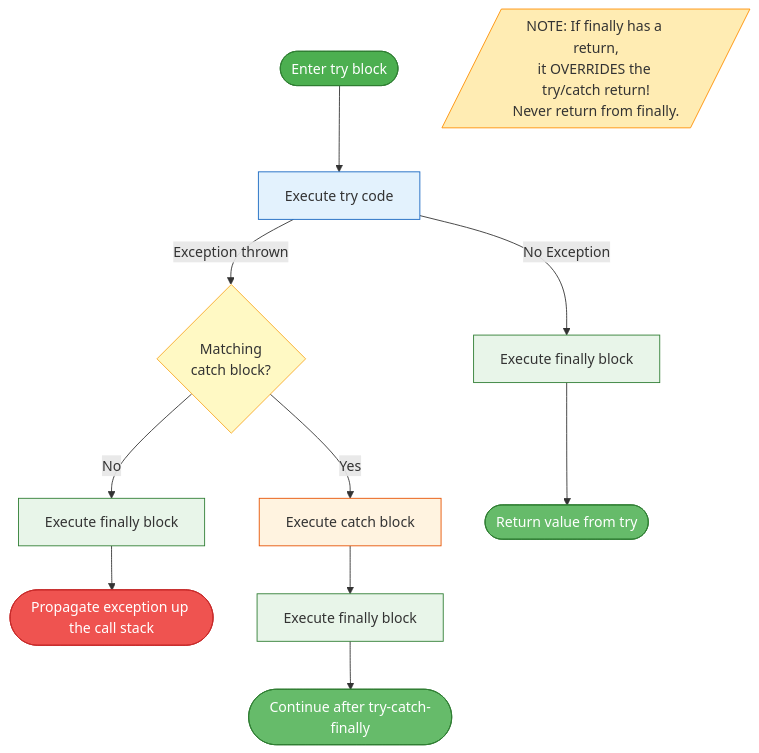
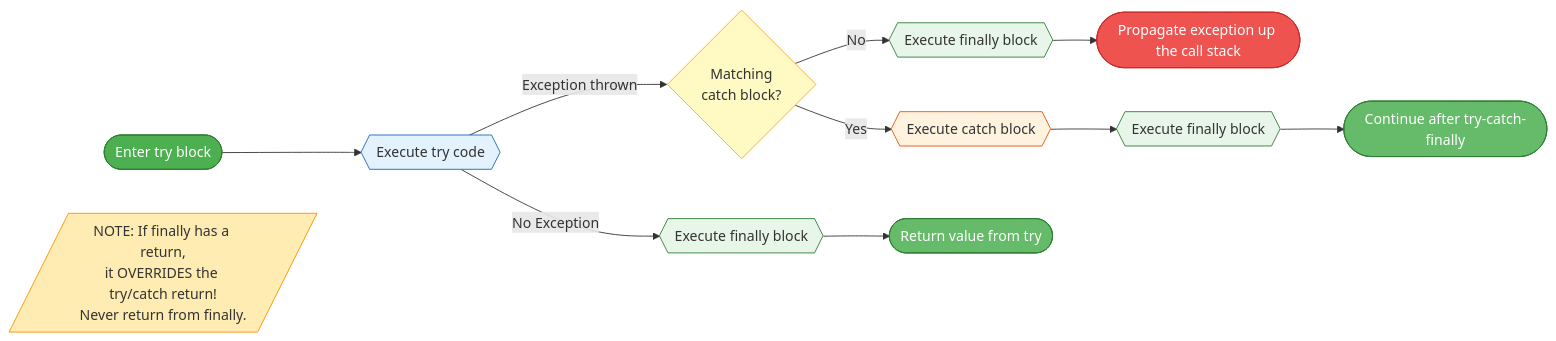
One commit to saivamsikaruturi/vamsilabs-dev-notes-main changed the second of 2 diagrams in docs/java/ExceptionHandling.md. Above: the diagram before and after it, drawn with Mermaid. The commit also changed other lines of this file and 146 other files, not shown here.

Commit message:
Horizontal diagrams, UML class diagrams, typography overhaul, and permalink cleanup

````diff
--- a/docs/java/ExceptionHandling.md
+++ b/docs/java/ExceptionHandling.md
@@ -54,28 +54,28 @@
 ```mermaid
-flowchart TD
-    START([Enter try block]) --> CODE[Execute try code]
-    CODE -->|No Exception| FINALLY1[Execute finally block]
-    CODE -->|Exception thrown| MATCH{Matching<br/>catch block?}
+flowchart LR
+    START(["Enter try block"]) --> CODE{{"Execute try code"}}
+    CODE -->|No Exception| FINALLY1{{"Execute finally block"}}
+    CODE -->|Exception thrown| MATCH{"Matching<br/>catch block?"}
 
-    MATCH -->|Yes| CATCH[Execute catch block]
-    MATCH -->|No| FINALLY2[Execute finally block]
-    FINALLY2 --> PROPAGATE([Propagate exception up the call stack])
+    MATCH -->|Yes| CATCH{{"Execute catch block"}}
+    MATCH -->|No| FINALLY2{{"Execute finally block"}}
+    FINALLY2 --> PROPAGATE(["Propagate exception up the call stack"])
 
-    CATCH --> FINALLY3[Execute finally block]
-    FINALLY1 --> RETURN1([Return value from try])
-    FINALLY3 --> RETURN2([Continue after try-catch-finally])
+    CATCH --> FINALLY3{{"Execute finally block"}}
+    FINALLY1 --> RETURN1(["Return value from try"])
+    FINALLY3 --> RETURN2(["Continue after try-catch-finally"])
 
     NOTE1[/"NOTE: If finally has a return,<br/>it OVERRIDES the try/catch return!<br/>Never return from finally."/]
 
     style START fill:#4caf50,stroke:#2e7d32,color:#ffffff
     style CODE fill:#e3f2fd,stroke:#1565c0
     style MATCH fill:#fff9c4,stroke:#f9a825
     style CATCH fill:#fff3e0,stroke:#e65100
     style FINALLY1 fill:#e8f5e9,stroke:#2e7d32
     style FINALLY2 fill:#e8f5e9,stroke:#2e7d32
     style FINALLY3 fill:#e8f5e9,stroke:#2e7d32
     style PROPAGATE fill:#ef5350,stroke:#c62828,color:#ffffff
     style RETURN1 fill:#66bb6a,stroke:#2e7d32,color:#ffffff
     style RETURN2 fill:#66bb6a,stroke:#2e7d32,color:#ffffff
     style NOTE1 fill:#ffecb3,stroke:#ff8f00
 ```
````
